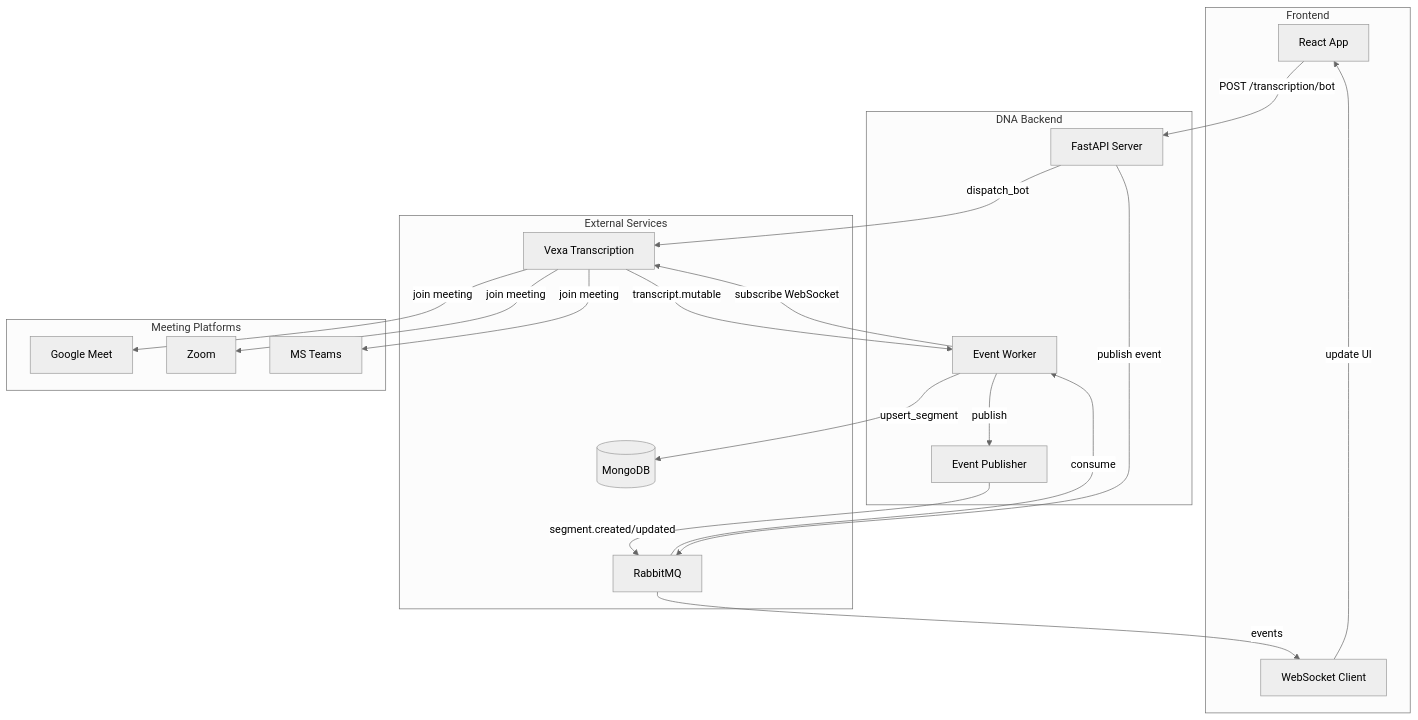
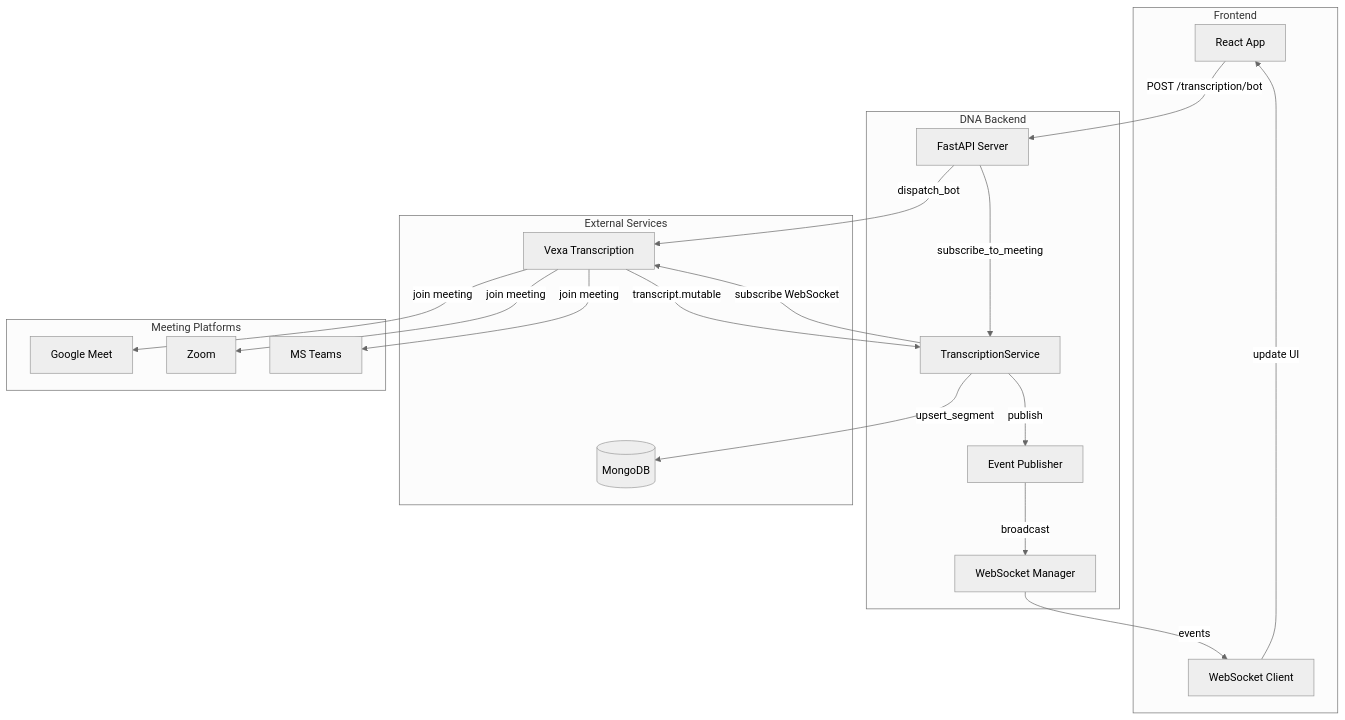
One commit to jspada200/dna changed the first of 5 diagrams in backend/docs/TRANSCRIPTION_PIPELINE.md. Above: the diagram before and after it, drawn with Mermaid (neutral theme). The commit also changed other lines of this file and 8 other files, not shown here.

````diff
--- a/backend/docs/TRANSCRIPTION_PIPELINE.md
+++ b/backend/docs/TRANSCRIPTION_PIPELINE.md
@@ -49,44 +49,43 @@
 ```mermaid
 graph TB
     subgraph Frontend
         UI[React App]
         WS[WebSocket Client]
     end
 
-    subgraph DNA Backend
+    subgraph DNA_Backend[DNA Backend]
         API[FastAPI Server]
-        Worker[Event Worker]
+        TS[TranscriptionService]
         EP[Event Publisher]
+        WSM[WebSocket Manager]
     end
 
-    subgraph External Services
+    subgraph External_Services[External Services]
         Vexa[Vexa Transcription]
-        RabbitMQ[RabbitMQ]
         MongoDB[(MongoDB)]
     end
 
-    subgraph Meeting Platforms
+    subgraph Meeting_Platforms[Meeting Platforms]
         GM[Google Meet]
         Zoom[Zoom]
         Teams[MS Teams]
     end
 
     UI -->|POST /transcription/bot| API
     API -->|dispatch_bot| Vexa
-    API -->|publish event| RabbitMQ
+    API -->|subscribe_to_meeting| TS
     
-    RabbitMQ -->|consume| Worker
-    Worker -->|subscribe WebSocket| Vexa
+    TS -->|subscribe WebSocket| Vexa
     
     Vexa -->|join meeting| GM
     Vexa -->|join meeting| Zoom
     Vexa -->|join meeting| Teams
     
-    Vexa -->|transcript.mutable| Worker
-    Worker -->|upsert_segment| MongoDB
-    Worker -->|publish| EP
-    EP -->|segment.created/updated| RabbitMQ
+    Vexa -->|transcript.mutable| TS
+    TS -->|upsert_segment| MongoDB
+    TS -->|publish| EP
+    EP -->|broadcast| WSM
     
-    RabbitMQ -->|events| WS
+    WSM -->|events| WS
     WS -->|update UI| UI
 ```
````
